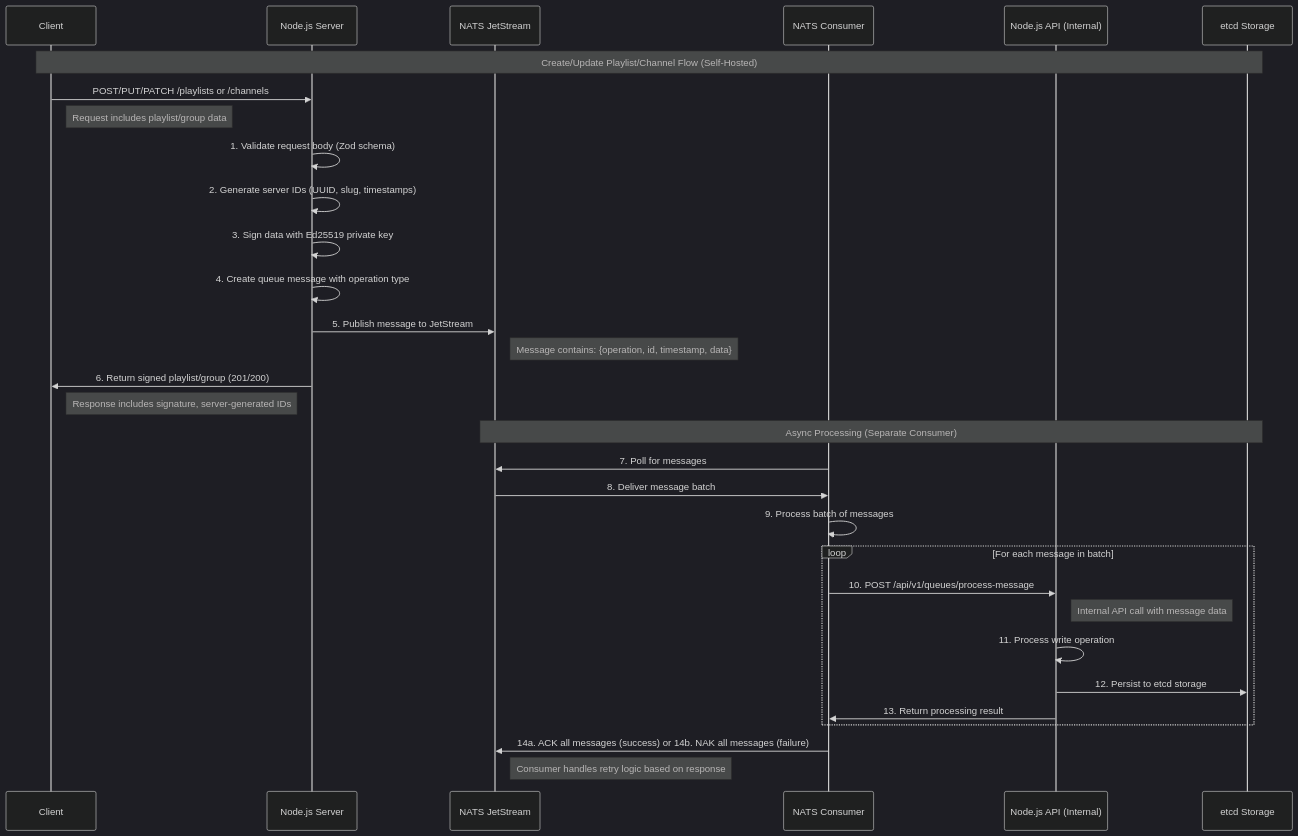
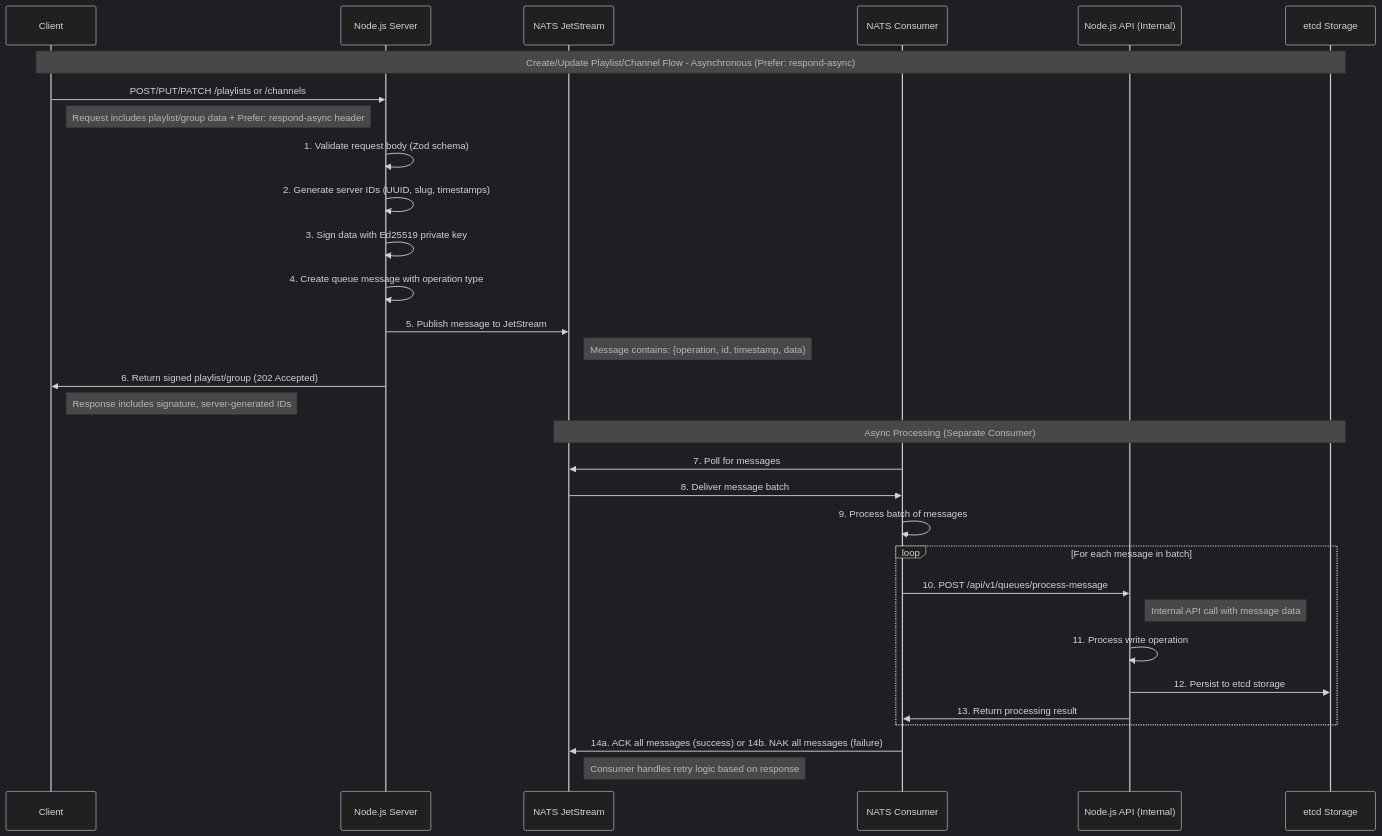
The fourth of 8 diagrams in DIAGRAM.md (feral-file/dp1-feed), drawn with Mermaid (dark theme) before and after one commit. The commit also changed other lines of this file and 2 other files, not shown here.

````diff
--- a/DIAGRAM.md
+++ b/DIAGRAM.md
@@ -71,42 +125,42 @@
 ```mermaid
 sequenceDiagram
     participant Client
     participant Node_Server as Node.js Server
     participant NATS_JS as NATS JetStream
     participant NATS_Consumer as NATS Consumer
     participant Node_API as Node.js API (Internal)
     participant ETCD as etcd Storage
 
-    Note over Client,ETCD: Create/Update Playlist/Channel Flow (Self-Hosted)
+    Note over Client,ETCD: Create/Update Playlist/Channel Flow - Asynchronous (Prefer: respond-async)
 
     Client->>Node_Server: POST/PUT/PATCH /playlists or /channels
-    Note right of Client: Request includes playlist/group data
+    Note right of Client: Request includes playlist/group data + Prefer: respond-async header
 
     Node_Server->>Node_Server: 1. Validate request body (Zod schema)
     Node_Server->>Node_Server: 2. Generate server IDs (UUID, slug, timestamps)
     Node_Server->>Node_Server: 3. Sign data with Ed25519 private key
     Node_Server->>Node_Server: 4. Create queue message with operation type
 
     Node_Server->>NATS_JS: 5. Publish message to JetStream
     Note right of NATS_JS: Message contains: {operation, id, timestamp, data}
 
-    Node_Server->>Client: 6. Return signed playlist/group (201/200)
+    Node_Server->>Client: 6. Return signed playlist/group (202 Accepted)
     Note right of Client: Response includes signature, server-generated IDs
 
     Note over NATS_JS,ETCD: Async Processing (Separate Consumer)
 
     NATS_Consumer->>NATS_JS: 7. Poll for messages
     NATS_JS->>NATS_Consumer: 8. Deliver message batch
     NATS_Consumer->>NATS_Consumer: 9. Process batch of messages
 
     loop For each message in batch
         NATS_Consumer->>Node_API: 10. POST /api/v1/queues/process-message
         Note right of Node_API: Internal API call with message data
         Node_API->>Node_API: 11. Process write operation
         Node_API->>ETCD: 12. Persist to etcd storage
         Node_API->>NATS_Consumer: 13. Return processing result
     end
 
     NATS_Consumer->>NATS_JS: 14a. ACK all messages (success) or 14b. NAK all messages (failure)
     Note right of NATS_JS: Consumer handles retry logic based on response
 ```
````
